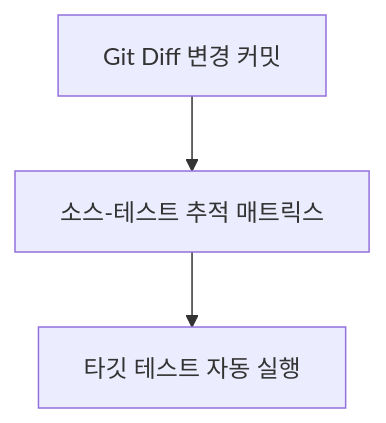
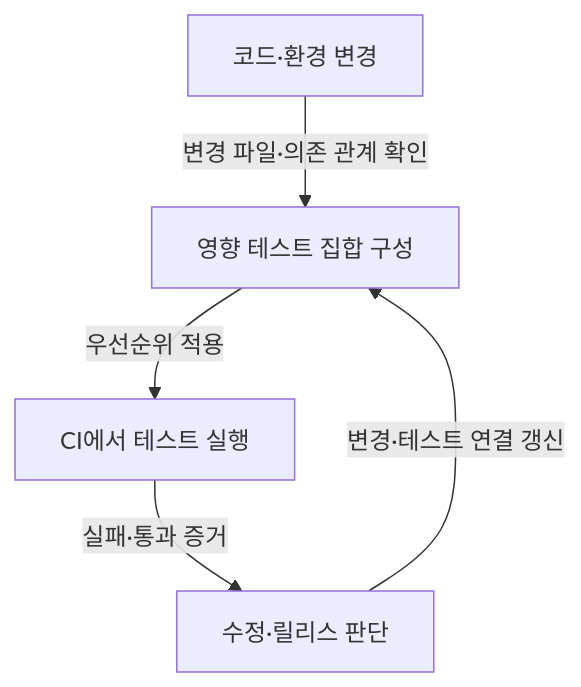
One commit to agnusdei1207/study changed the second of 2 diagrams in src/content/docs/notes/itpe/02-software-engineering/061_regression_test.md. Above: the diagram before and after it, drawn with Mermaid. The commit also changed other lines of this file and 31 other files, not shown here.

Commit message:
docs(itpe): correct software engineering architecture and test notes

````diff
--- a/src/content/docs/notes/itpe/02-software-engineering/061_regression_test.md
+++ b/src/content/docs/notes/itpe/02-software-engineering/061_regression_test.md
@@ -114,5 +109,7 @@
 ```mermaid
-flowchart TB
-    A["Git Diff 변경 커밋"] --> B["소스-테스트 추적 매트릭스"]
-    B --> C["타깃 테스트 자동 실행"]
+flowchart TD
+    A["코드·환경 변경"] -->|"변경 파일·의존 관계 확인"| B["영향 테스트 집합 구성"]
+    B -->|"우선순위 적용"| C["CI에서 테스트 실행"]
+    C -->|"실패·통과 증거"| D["수정·릴리스 판단"]
+    D -->|"변경·테스트 연결 갱신"| B
 ```
````
